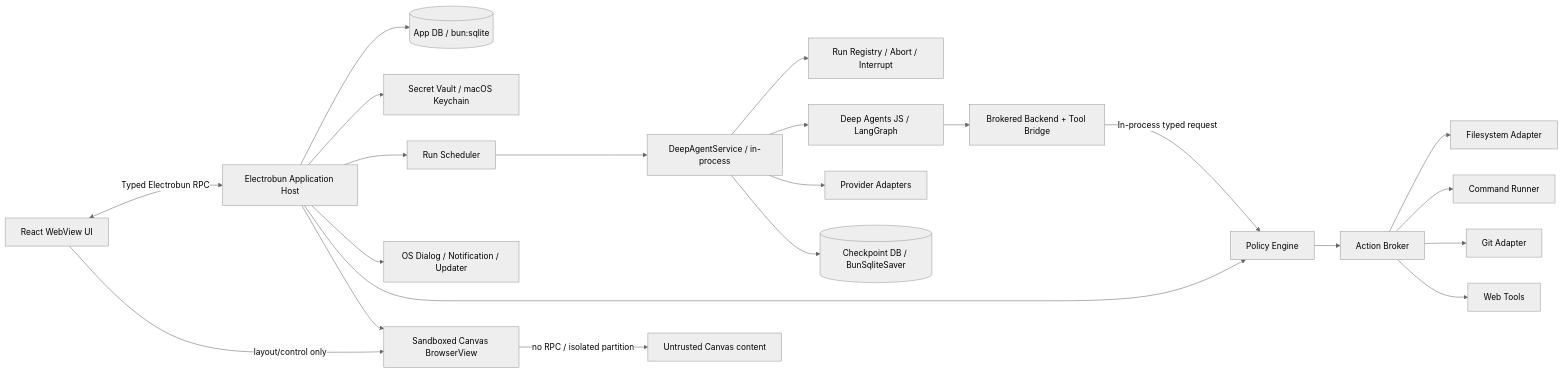
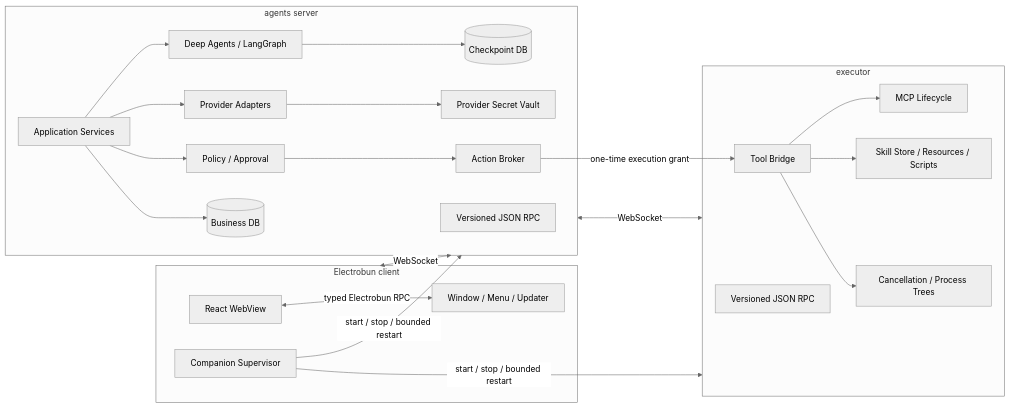
One commit to weivea/moshu changed the first of 2 diagrams in docs/implementation/architecture.md. Above: the diagram before and after it, drawn with Mermaid (neutral theme). The commit also changed other lines of this file and 13 other files, not shown here.

First line of the commit message:
docs: define three-role process architecture (#2)

````diff
--- a/docs/implementation/architecture.md
+++ b/docs/implementation/architecture.md
@@ -14,27 +31,46 @@
 ```mermaid
 flowchart LR
-    UI[React WebView UI] <-->|Typed Electrobun RPC| HOST[Electrobun Application Host]
-    HOST --> DB[(App DB / bun:sqlite)]
-    HOST --> VAULT[Secret Vault / macOS Keychain]
-    HOST --> SCHED[Run Scheduler]
-    HOST --> NOTIFY[OS Dialog / Notification / Updater]
+    subgraph C[Electrobun client]
+        UI[React WebView]
+        DESKTOP[Window / Menu / Updater]
+        SUP[Companion Supervisor]
+        UI <-->|typed Electrobun RPC| DESKTOP
+    end
 
-    SCHED --> DAS[DeepAgentService / in-process]
-    DAS --> REG[Run Registry / Abort / Interrupt]
-    DAS --> DA[Deep Agents JS / LangGraph]
-    DAS --> PROVIDERS[Provider Adapters]
-    DAS --> CP[(Checkpoint DB / BunSqliteSaver)]
-    DA --> TOOLBRIDGE[Brokered Backend + Tool Bridge]
-    TOOLBRIDGE -->|In-process typed request| POLICY
+    subgraph S[agents server]
+        RPCS[Versioned JSON RPC]
+        APP[Application Services]
+        AGENT[Deep Agents / LangGraph]
+        PROVIDER[Provider Adapters]
+        POLICY[Policy / Approval]
+        BROKER[Action Broker]
+        DB[(Business DB)]
+        CP[(Checkpoint DB)]
+        VAULT[Provider Secret Vault]
+    end
 
-    HOST --> POLICY[Policy Engine]
-    POLICY --> BROKER[Action Broker]
-    BROKER --> FILES[Filesystem Adapter]
-    BROKER --> COMMANDS[Command Runner]
-    BROKER --> GIT[Git Adapter]
-    BROKER --> WEB[Web Tools]
+    subgraph E[executor]
+        RPCE[Versioned JSON RPC]
+        TOOLS[Tool Bridge]
+        MCP[MCP Lifecycle]
+        SKILLS[Skill Store / Resources / Scripts]
+        PROC[Cancellation / Process Trees]
+    end
 
-    UI -->|layout/control only| PREVIEW[Sandboxed Canvas BrowserView]
-    HOST --> PREVIEW
-    PREVIEW -->|no RPC / isolated partition| CANVAS[Untrusted Canvas content]
+    C <-->|WebSocket| S
+    S <-->|WebSocket| E
+    SUP -->|start / stop / bounded restart| S
+    SUP -->|start / stop / bounded restart| E
+
+    APP --> AGENT
+    APP --> PROVIDER
+    APP --> POLICY
+    POLICY --> BROKER
+    APP --> DB
+    AGENT --> CP
+    PROVIDER --> VAULT
+    BROKER -->|one-time execution grant| TOOLS
+    TOOLS --> MCP
+    TOOLS --> SKILLS
+    TOOLS --> PROC
 ```
````
